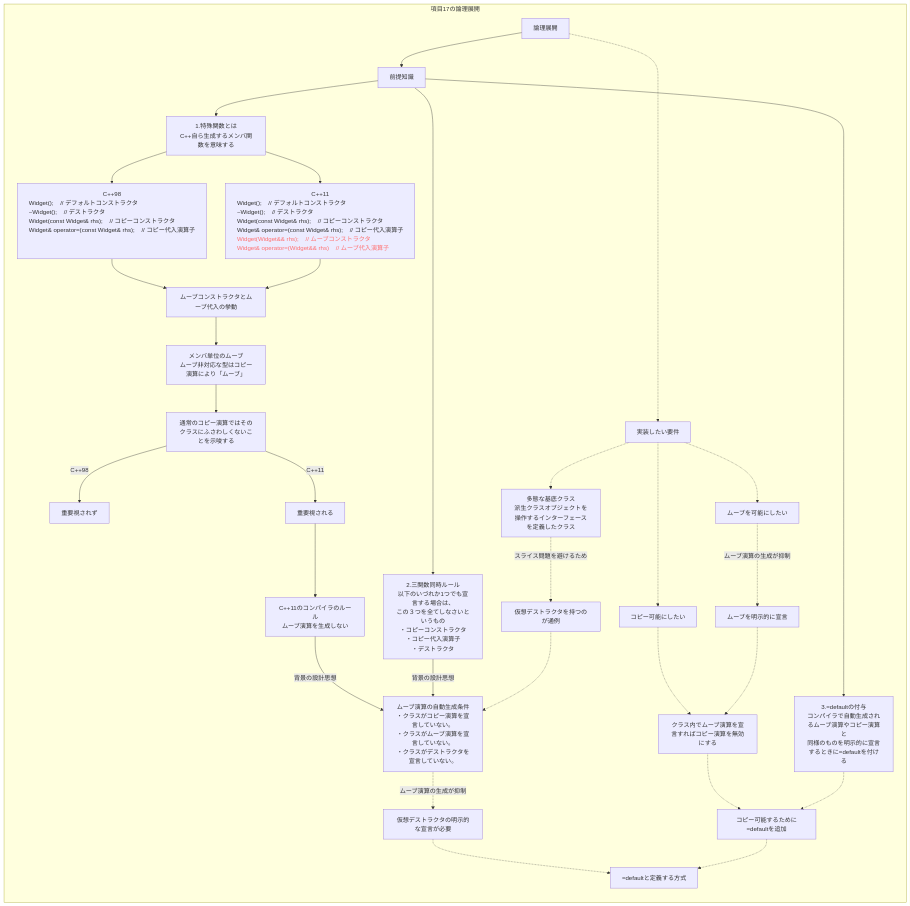
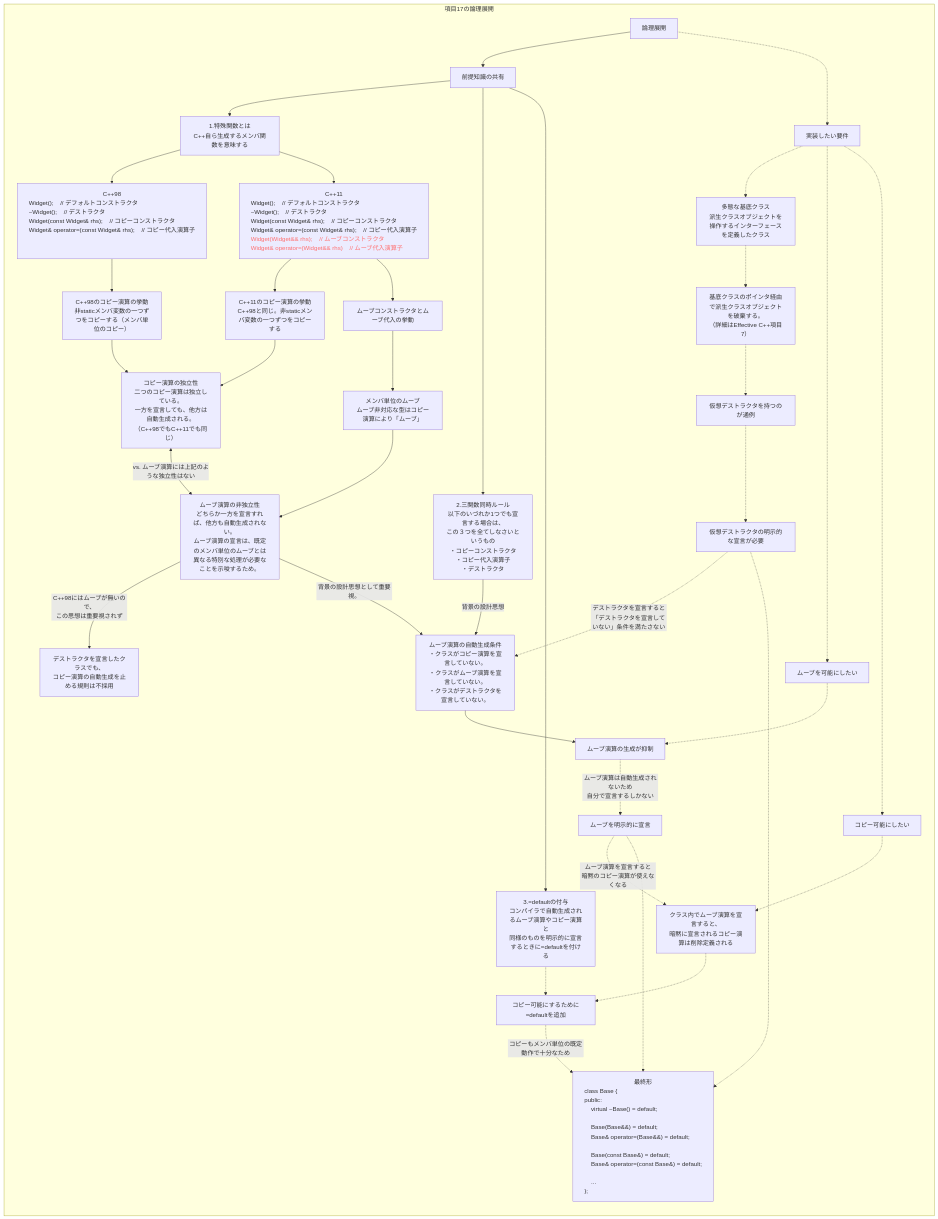
Before and after one commit to hanahanamarket/EffectiveCPP: the first of 4 diagrams in EffectiveModernCPP/Item17_Overview.md, drawn with Mermaid.

Commit message:
Item17の論理展開フローチャートを本文の構造に合わせて更新する
コピー独立性・ムーブ抑制・仮想デストラクタから最終形までの流れを反映する。

````diff
--- a/EffectiveModernCPP/Item17_Overview.md
+++ b/EffectiveModernCPP/Item17_Overview.md
@@ -5,67 +5,88 @@
 ```mermaid
-
 flowchart TD
     subgraph canvas ["項目17の論理展開"]
         direction TB
 
-        open --> Prerequisite --> SpecialMemberFunc
-                 Prerequisite--> RuleOfThree
-                 Prerequisite--> EqualDefault
-        open -.-> Requirements
+        %% ノード定義
+        open["論理展開"]
+        Prerequisite["前提知識の共有"]
+        SpecialMemberFunc["1.特殊関数とは<br/>C++自ら生成するメンバ関数を意味する"]
+        SpecialMemberFunc98["<div style='text-align:center !important'>C++98</div><div style='text-align:left !important;white-space:pre'>Widget();    // デフォルトコンストラクタ<br/>~Widget();    // デストラクタ<br/>Widget(const Widget&amp; rhs);    // コピーコンストラクタ<br/>Widget&amp; operator=(const Widget&amp; rhs);    // コピー代入演算子<br/><br/><br/></div>"]
+        SpecialMemberFunc11["<div style='text-align:center !important'>C++11</div><div style='text-align:left !important;white-space:pre'>Widget();    // デフォルトコンストラクタ<br/>~Widget();    // デストラクタ<br/>Widget(const Widget&amp; rhs);    // コピーコンストラクタ<br/>Widget&amp; operator=(const Widget&amp; rhs);    // コピー代入演算子<br/><span style='color:#ff7070 !important'>Widget(Widget&amp;&amp; rhs);    // ムーブコンストラクタ<br/>Widget&amp; operator=(Widget&amp;&amp; rhs);    // ムーブ代入演算子</span></div>"]
+        Copy98["C++98のコピー演算の挙動<br/>非staticメンバ変数の一つずつをコピーする（メンバ単位のコピー）"]
+        Copy11["C++11のコピー演算の挙動<br/>C++98と同じ。非staticメンバ変数の一つずつをコピーする"]
+        MoveByMember["ムーブコンストラクタとムーブ代入の挙動"]
+        CopyIndependence["コピー演算の独立性<br/>二つのコピー演算は独立している。<br/>一方を宣言しても、他方は自動生成される。<br/>（C++98でもC++11でも同じ）"]
+        MemberwiseMove["メンバ単位のムーブ<br/>ムーブ非対応な型はコピー演算により「ムーブ」"]
+        MoveNonIndependence["ムーブ演算の非独立性<br/>どちらか一方を宣言すれば、他方も自動生成されない。<br/>ムーブ演算の宣言は、既定のメンバ単位のムーブとは<br/>異なる特別な処理が必要なことを示唆するため。"]
+        Cpp98NotAdopted["デストラクタを宣言したクラスでも、<br/>コピー演算の自動生成を止める規則は不採用"]
 
-        %% 特殊関数とは
-        open["論理展開"]
-        Prerequisite["前提知識"]
-        SpecialMemberFunc["1.特殊関数とは<br/>C++自ら生成するメンバ関数を意味する"]
-        SpecialMemberFunc98["<div style='text-align:center !important'>C++98</div><div style='text-align:left !important;white-space:pre'>Widget();    // デフォルトコンストラクタ<br/>~Widget();    // デストラクタ<br/>Widget(const Widget&amp; rhs);    // コピーコンストラクタ<br/>Widget&amp; operator=(const Widget&amp; rhs);    // コピー代入演算子<br/><br/><br/>"]
-        SpecialMemberFunc11["<div style='text-align:center !important'>C++11</div><div style='text-align:left !important;white-space:pre'>Widget();    // デフォルトコンストラクタ<br/>~Widget();    // デストラクタ<br/>Widget(const Widget&amp; rhs);    // コピーコンストラクタ<br/>Widget&amp; operator=(const Widget&amp; rhs);    // コピー代入演算子<br/><span style='color:#ff7070 !important'>Widget(Widget&amp;&amp; rhs);    // ムーブコンストラクタ<br/>Widget&amp; operator=(Widget&amp;&amp; rhs);    // ムーブ代入演算子</span></div>"]
-        MoveByMember["ムーブコンストラクタとムーブ代入の挙動"]
+        RuleOfThree["2.三関数同時ルール<br/>以下のいづれか1つでも宣言する場合は、<br/>この３つを全てしなさいというもの<br/>・コピーコンストラクタ<br/>・コピー代入演算子<br/>・デストラクタ"]
+        MoveGenCondition["ムーブ演算の自動生成条件<br/>・クラスがコピー演算を宣言していない。<br/>・クラスがムーブ演算を宣言していない。<br/>・クラスがデストラクタを宣言していない。"]
+        MoveSuppressed["ムーブ演算の生成が抑制"]
+        NeedMoveDeclare["ムーブを明示的に宣言"]
+        EqualDefault["3.=defaultの付与<br/>コンパイラで自動生成されるムーブ演算やコピー演算と<br/>同様のものを明示的に宣言するときに=defaultを付ける"]
 
-
-        %% 特殊関数の生成ルールと成立背景
-        RuleOfThree[2.三関数同時ルール</br>以下のいづれか1つでも宣言する場合は、<br/>この３つを全てしなさいというもの</br>・コピーコンストラクタ</br>・コピー代入演算子</br>・デストラクタ]
-        RuleOfMoveCpp11["C++11のコンパイラのルール<br/>ムーブ演算を生成しない"]
-        MoveConstructorCondition["ムーブ演算の自動生成条件<br/>・クラスがコピー演算を宣言していない。<br/>・クラスがムーブ演算を宣言していない。<br/>・クラスがデストラクタを宣言していない。"]
-        EqualDefault["3.=defaultの付与<br/>コンパイラで自動生成されるムーブ演算やコピー演算と<br/>同様のものを明示的に宣言するときに=defaultを付ける"]
-        GoodExampleDefault["=defaultと定義する方式"]
-
-
-        %% 実装したい要件
         Requirements["実装したい要件"]
-        Polymorphism["多態な基底クラス<br>派生クラスオブジェクトを操作するインターフェースを定義したクラス"]
+        Polymorphism["多態な基底クラス<br/>派生クラスオブジェクトを操作するインターフェースを定義したクラス"]
+        BasePointerDestroy["基底クラスのポインタ経由で派生クラスオブジェクトを破棄する。<br/>（詳細はEffective C++項目7）"]
         VirtualDestructor["仮想デストラクタを持つのが通例"]
         ExplicitVirtualDestructor["仮想デストラクタの明示的な宣言が必要"]
         WantMove["ムーブを可能にしたい"]
-        NeedMoveDeclare["ムーブを明示的に宣言"]
-        AddDefaultToCopy["コピー可能するために=defaultを追加"]
-        
+        Copiable["コピー可能にしたい"]
+        DeleteCopy["クラス内でムーブ演算を宣言すると、<br/>暗黙に宣言されるコピー演算は削除定義される"]
+        AddDefaultToCopy["コピー可能にするために=defaultを追加"]
+        FinalBase["<div style='text-align:center !important'>最終形</div><div style='text-align:left !important;white-space:pre'>class Base {<br/>public:<br/>    virtual ~Base() = default;<br/><br/>    Base(Base&amp;&amp;) = default;<br/>    Base&amp; operator=(Base&amp;&amp;) = default;<br/><br/>    Base(const Base&amp;) = default;<br/>    Base&amp; operator=(const Base&amp;) = default;<br/><br/>    ...<br/>};</div>"]
 
-        %% メンバ単位のムーブと、通常のコピー演算
-        MemberwiseAsCopy["メンバ単位のムーブ<br/>ムーブ非対応な型はコピー演算により「ムーブ」"]
-        CopyInappropriate["通常のコピー演算ではそのクラスにふさわしくないことを示唆する"]
-        Copiable["コピー可能にしたい"]
-        DeactivateCopy["クラス内でムーブ演算を宣言すればコピー演算を無効にする"]
+        %% 論理展開の起点
+        open --> Prerequisite
+        open -.-> Requirements
 
-        %% 特殊関数とは のつながり
-        SpecialMemberFunc --> SpecialMemberFunc98 --> MoveByMember
-        SpecialMemberFunc --> SpecialMemberFunc11 --> MoveByMember
-        MoveByMember --> MemberwiseAsCopy --> CopyInappropriate
+        %% 前提知識の共有
+        Prerequisite --> SpecialMemberFunc
+        Prerequisite --> RuleOfThree
+        Prerequisite --> EqualDefault
 
+        %% 1.特殊関数とは
+        SpecialMemberFunc --> SpecialMemberFunc98
+        SpecialMemberFunc --> SpecialMemberFunc11
+        SpecialMemberFunc98 --> Copy98
+        SpecialMemberFunc11 --> Copy11
+        SpecialMemberFunc11 --> MoveByMember
+        Copy98 --> CopyIndependence
+        Copy11 --> CopyIndependence
+        MoveByMember --> MemberwiseMove
+        MemberwiseMove --> MoveNonIndependence
+        CopyIndependence <-- "vs. ムーブ演算には上記のような独立性はない" --> MoveNonIndependence
 
-        %% 特殊関数の生成ルールと成立背景 のつながり
-        CopyInappropriate -- "C++98" --> RuleIgnored["重要視されず"]
-        CopyInappropriate -- "C++11" --> RuleEnforced["重要視される"] --> RuleOfMoveCpp11
-        RuleOfMoveCpp11 -- "背景の設計思想" --> MoveConstructorCondition
-        RuleOfThree -- "背景の設計思想" --> MoveConstructorCondition
+        %% ムーブ演算の非独立性と成立背景
+        MoveNonIndependence -- "C++98にはムーブが無いので、<br/>この思想は重要視されず" --> Cpp98NotAdopted
+        MoveNonIndependence -- "背景の設計思想として重要視。" --> MoveGenCondition
 
-        %% 実装したい要件 のつながり
-        Requirements -.-> Polymorphism -. "スライス問題を避けるため" .-> VirtualDestructor
-        MoveConstructorCondition -. "ムーブ演算の生成が抑制" .-> ExplicitVirtualDestructor -.-> GoodExampleDefault
-        VirtualDestructor -.-> MoveConstructorCondition
-        Requirements -.-> WantMove -. "ムーブ演算の生成が抑制" .-> NeedMoveDeclare
-        Copiable -.-> DeactivateCopy
-        NeedMoveDeclare -.-> DeactivateCopy .-> AddDefaultToCopy
-        EqualDefault -.-> AddDefaultToCopy -.-> GoodExampleDefault
+        %% 2.三関数同時ルール
+        RuleOfThree -- "背景の設計思想" --> MoveGenCondition
+        MoveGenCondition --> MoveSuppressed
+
+        %% 実装したい要件: 多態な基底クラス
+        Requirements -.-> Polymorphism
+        Polymorphism -.-> BasePointerDestroy
+        BasePointerDestroy -.-> VirtualDestructor
+        VirtualDestructor -.-> ExplicitVirtualDestructor
+        ExplicitVirtualDestructor -. "デストラクタを宣言すると<br/>「デストラクタを宣言していない」条件を満たさない" .-> MoveGenCondition
+
+        %% 実装したい要件: ムーブ・コピー
+        Requirements -.-> WantMove
         Requirements -.-> Copiable
+        WantMove -.-> MoveSuppressed
+        MoveSuppressed -. "ムーブ演算は自動生成されないため<br/>自分で宣言するしかない" .-> NeedMoveDeclare
+        NeedMoveDeclare -. "ムーブ演算を宣言すると<br/>暗黙のコピー演算が使えなくなる" .-> DeleteCopy
+        Copiable -.-> DeleteCopy
+
+        %% 3.=defaultの付与 と最終形
+        EqualDefault -.-> AddDefaultToCopy
+        DeleteCopy -.-> AddDefaultToCopy
+        AddDefaultToCopy -. "コピーもメンバ単位の既定動作で十分なため" .-> FinalBase
+        ExplicitVirtualDestructor -.-> FinalBase
+        NeedMoveDeclare -.-> FinalBase
     end
 ```
````
